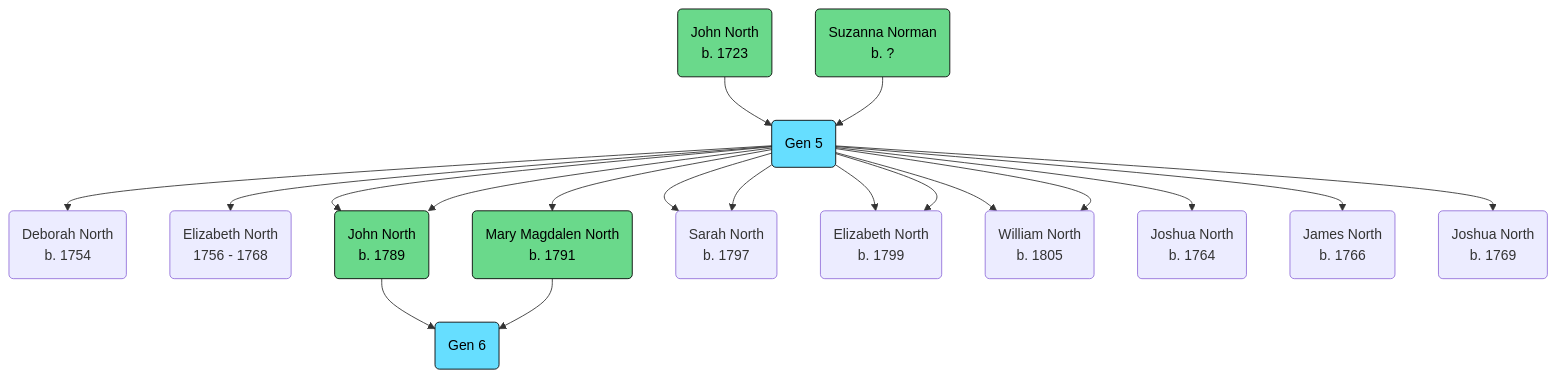
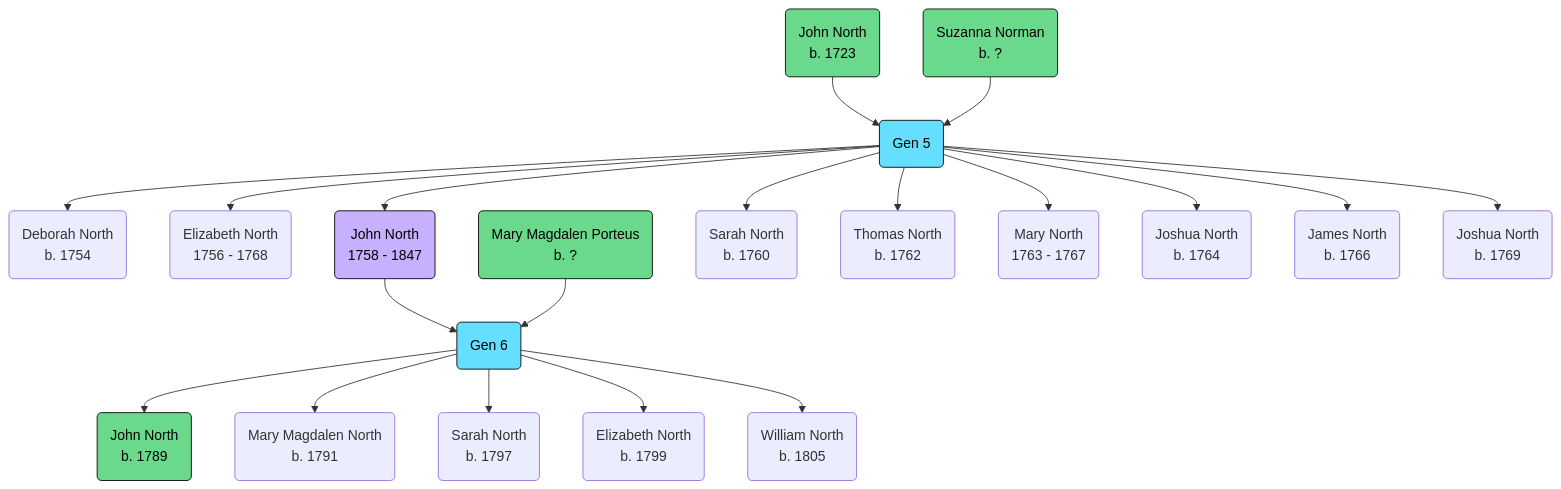
Before and after one commit to jonmthomson/genealogy: the diagram in content/People/NORTH, (1758) John.md, drawn with Mermaid.

Commit message:
Quartz sync: May 10, 2025, 7:18 PM

````diff
--- a/content/People/NORTH, (1758) John.md
+++ b/content/People/NORTH, (1758) John.md
@@ -14,30 +14,30 @@
 ```mermaid
 flowchart TD
 %% Colors %%
 classDef blue fill:#66deff,stroke:#000,color:#000
 classDef green fill:#6ad98b,stroke:#000,color:#000
 classDef lavender fill:#c7b0fd,stroke:#000,color:#000
 
 %% PARENTS %%
 P1(John North<br>b. 1723):::green --> G5(Gen 5):::blue
 P2(Suzanna Norman<br>b. ?):::green --> G5
 
 %% SIBLINGS %%
 G5 --> P3(Deborah North<br>b. 1754)
 G5 --> P4(Elizabeth North<br>1756 - 1768)
 G5 --> P5(John North<br>1758 - 1847):::lavender --> G6(Gen 6):::blue
 P6(Mary Magdalen Porteus<br>b. ?):::green --> G6
 G5 --> P7(Sarah North<br>b. 1760)
 G5 --> P8(Thomas North<br>b. 1762)
 G5 --> P9(Mary North<br>1763 - 1767)
 G5 --> P10(Joshua North<br>b. 1764)
 G5 --> P11(James North<br>b. 1766)
 G5 --> P12(Joshua North<br>b. 1769)
 
 %% CHILDREN %%
-G5 --> P5(John North<br>b. 1789):::green
-G5 --> P6(Mary Magdalen North<br>b. 1791)
-G5 --> P7(Sarah North<br>b. 1797)
-G5 --> P8(Elizabeth North<br>b. 1799)
-G5 --> P9(William North<br>b. 1805)
+G6 --> P13(John North<br>b. 1789):::green
+G6 --> P14(Mary Magdalen North<br>b. 1791)
+G6 --> P15(Sarah North<br>b. 1797)
+G6 --> P16(Elizabeth North<br>b. 1799)
+G6 --> P17(William North<br>b. 1805)
 ```
````
